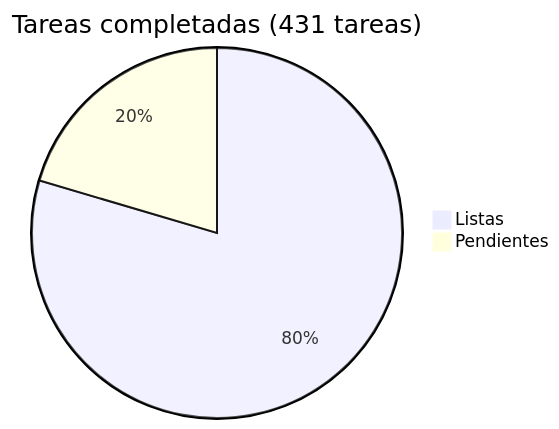
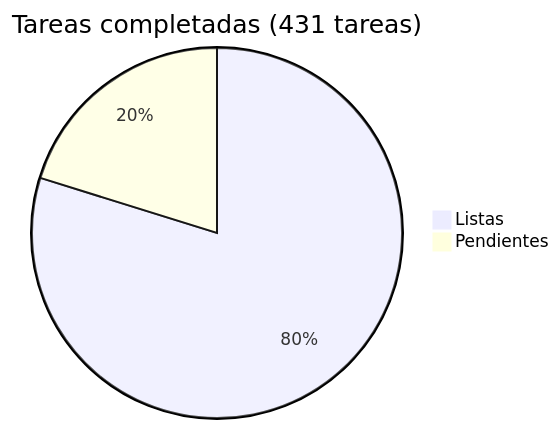
Before and after one commit to araguaney-lat/araguaney: the diagram in docs/roadmap/README.md, drawn with Mermaid. The commit also changed other lines of this file and 8 other files, not shown here.

````diff
--- a/docs/roadmap/README.md
+++ b/docs/roadmap/README.md
@@ -5,5 +5,5 @@
 ```mermaid
 pie title Tareas completadas (431 tareas)
-    "Listas" : 343
-    "Pendientes" : 88
+    "Listas" : 344
+    "Pendientes" : 87
 ```
````
